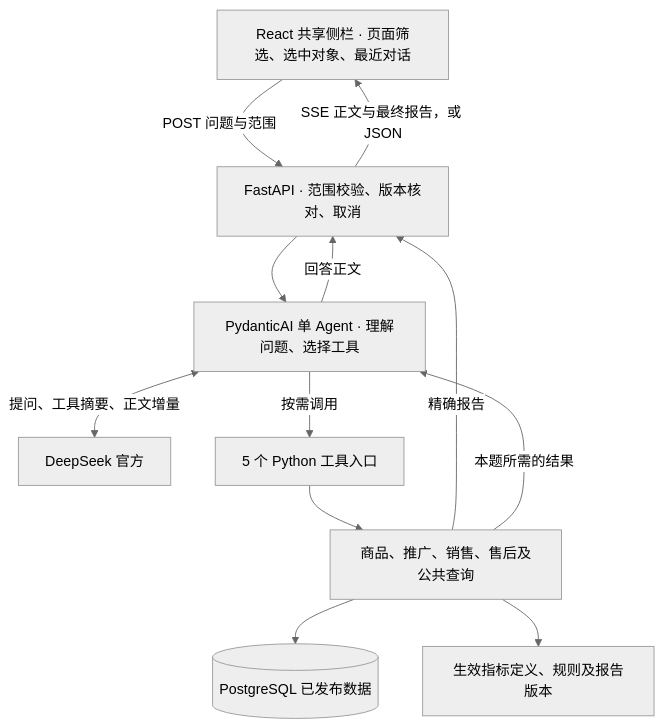
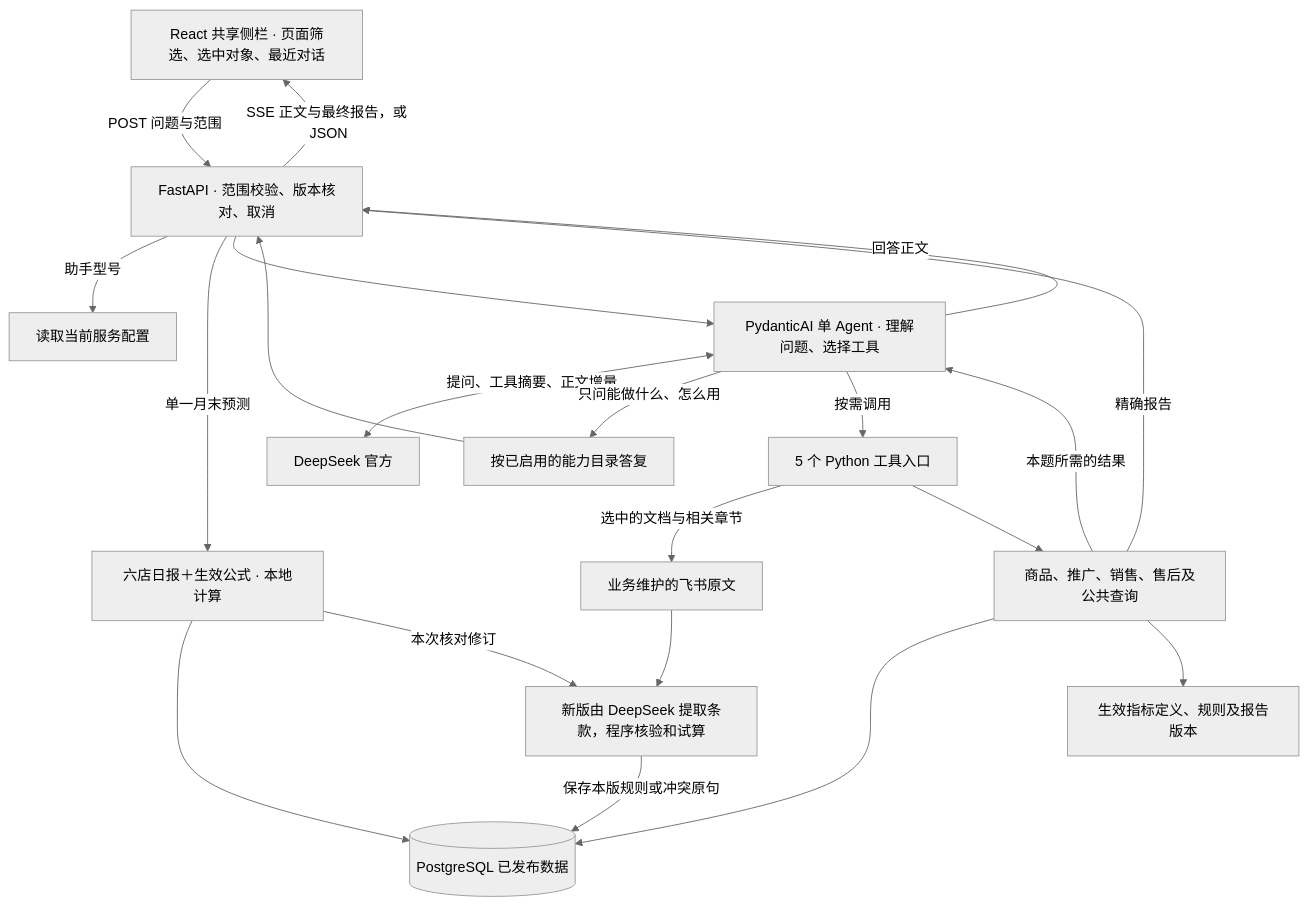
Before and after one commit to sunny-orb/pdd-operations-platform: the diagram in docs/implementation/ai-assistance.md, drawn with Mermaid (neutral theme). The commit also changed other lines of this file and 97 other files, not shown here.

````diff
--- a/docs/implementation/ai-assistance.md
+++ b/docs/implementation/ai-assistance.md
@@ -7,14 +7,23 @@
 ```mermaid
 flowchart TD
   UI["React 共享侧栏 · 页面筛选、选中对象、最近对话"] -->|"POST 问题与范围"| API["FastAPI · 范围校验、版本核对、取消"]
+  API -->|"助手型号"| ID["读取当前服务配置"]
+  API -->|"单一月末预测"| FC["六店日报＋生效公式 · 本地计算"]
+  FC --> PG
+  FC -->|"本次核对修订"| REVIEW["新版由 DeepSeek 提取条款，程序核验和试算"]
+  SOP["业务维护的飞书原文"] --> REVIEW
+  TOOLS -->|"选中的文档与相关章节"| SOP
+  REVIEW -->|"保存本版规则或冲突原句"| PG
   API --> AG["PydanticAI 单 Agent · 理解问题、选择工具"]
   AG <-->|"提问、工具摘要、正文增量"| MODEL["DeepSeek 官方"]
+  AG -->|"只问能做什么、怎么用"| HELP["按已启用的能力目录答复"]
+  HELP --> API
   AG -->|"按需调用"| TOOLS["5 个 Python 工具入口"]
   TOOLS --> DOMAIN["商品、推广、销售、售后及公共查询"]
   DOMAIN --> PG[("PostgreSQL 已发布数据")]
   DOMAIN --> RULE["生效指标定义、规则及报告版本"]
   DOMAIN -->|"精确报告"| API
   DOMAIN -->|"本题所需的结果"| AG
   AG -->|"回答正文"| API
   API -->|"SSE 正文与最终报告，或 JSON"| UI
 ```
````
